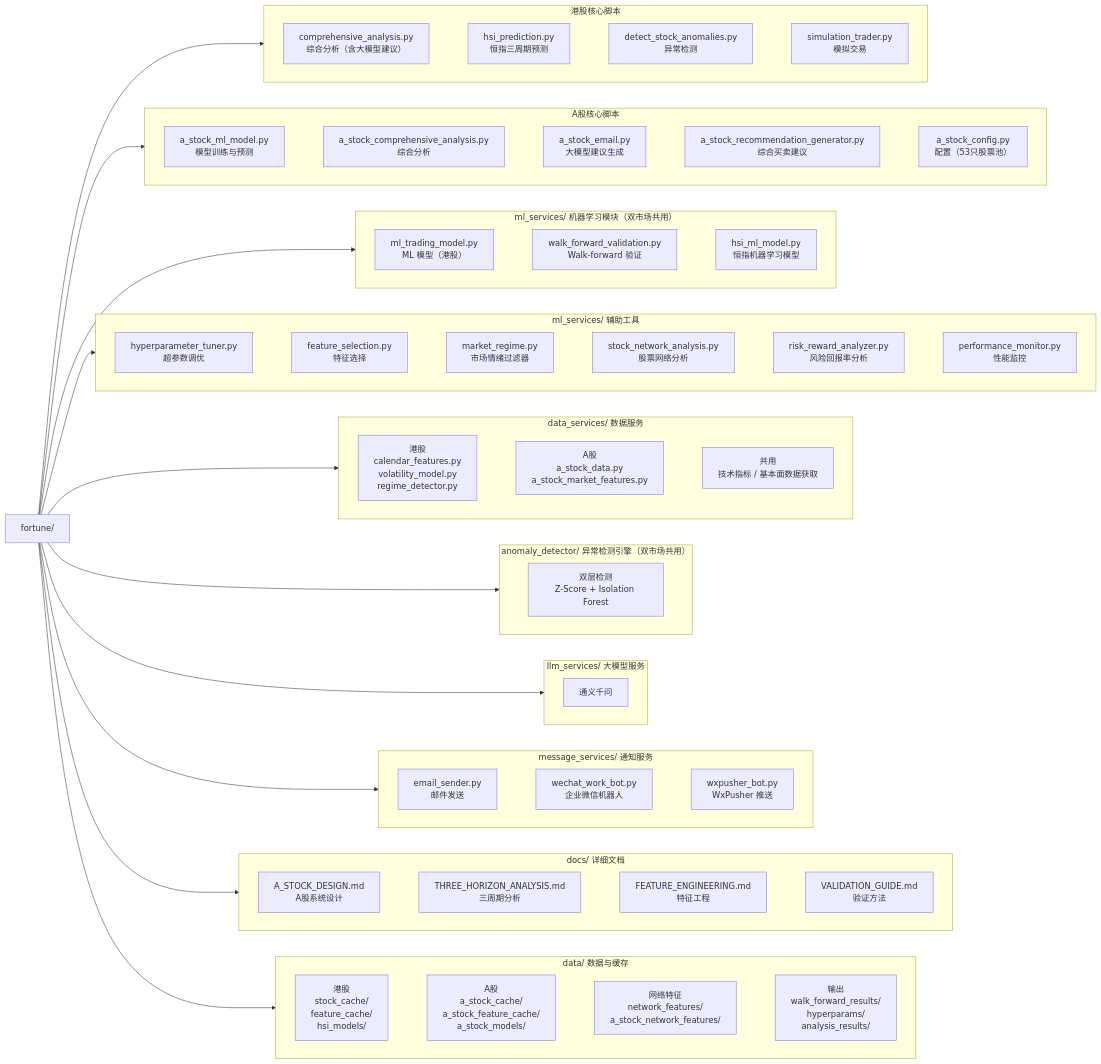
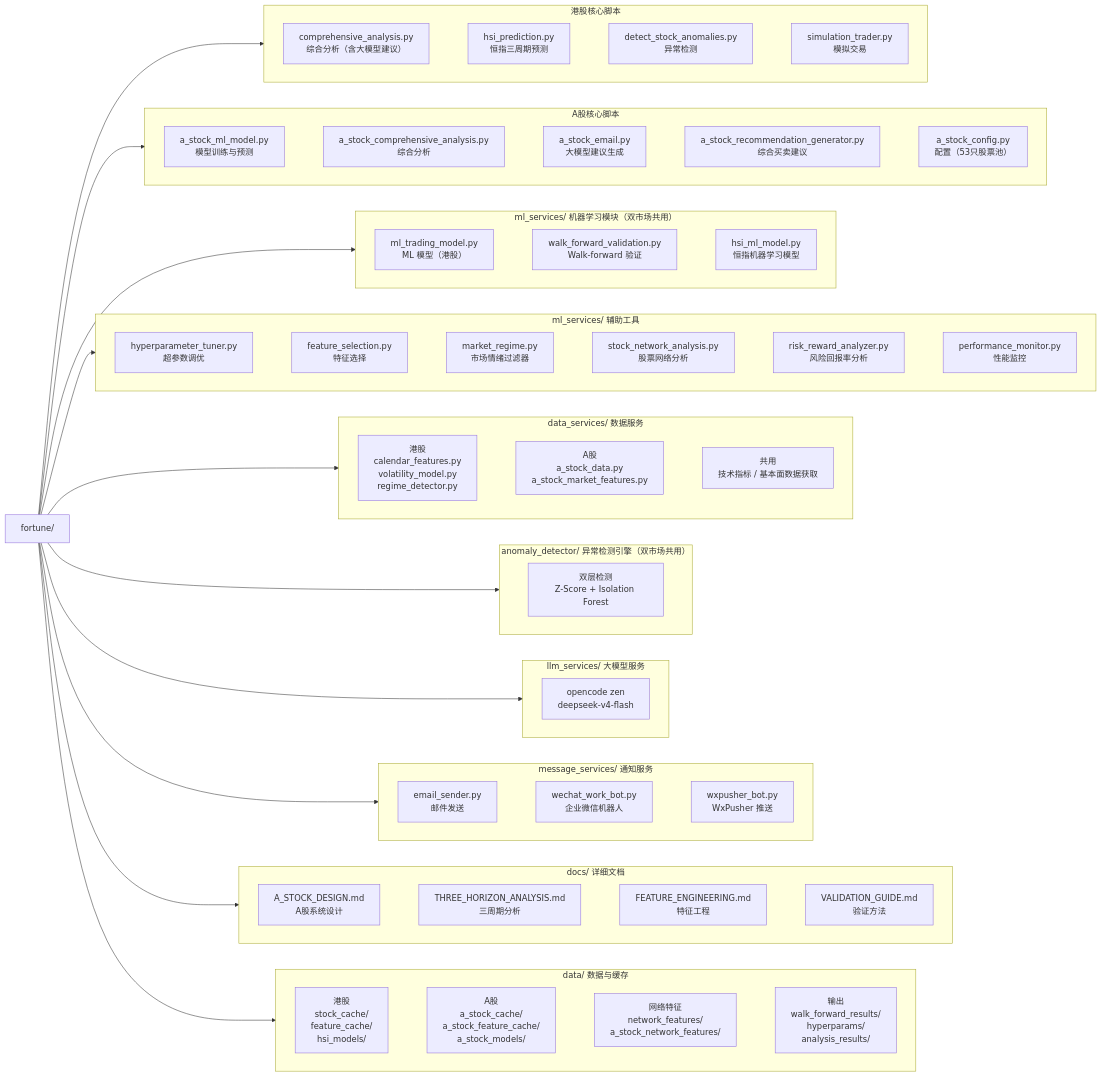
Before and after one commit to wonglaitung/fortune: the third of 3 diagrams in README.md, drawn with Mermaid. The commit also changed other lines of this file, not shown here.

```diff
--- a/README.md
+++ b/README.md
@@ -346,7 +360,7 @@
     ROOT --> LS
     subgraph LS["llm_services/ 大模型服务"]
         direction LR
-        LS1["通义千问"]
+        LS1["opencode zen<br/>deepseek-v4-flash"]
     end
     ROOT --> MS
     subgraph MS["message_services/ 通知服务"]
```
